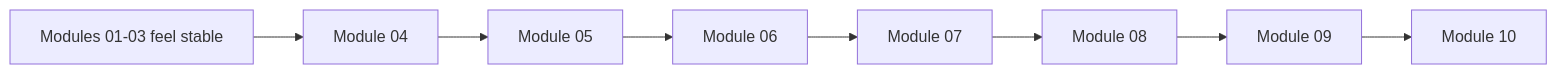
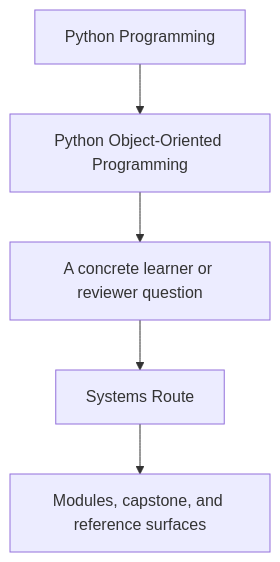
One commit to bijux/bijux-masterclass changed the first of 2 diagrams in programs/python-programming/python-object-oriented-programming/course-book/guides/systems-route.md. Above: the diagram before and after it, drawn with Mermaid. The commit also changed other lines of this file and 23 other files, not shown here.

Commit message:
docs(python-object-oriented-programming): sharpen guide and reference diagrams

````diff
--- a/programs/python-programming/python-object-oriented-programming/course-book/guides/systems-route.md
+++ b/programs/python-programming/python-object-oriented-programming/course-book/guides/systems-route.md
@@ -7,10 +7,7 @@
 ```mermaid
-graph LR
-  start["Modules 01-03 feel stable"] --> m4["Module 04"]
-  m4 --> m5["Module 05"]
-  m5 --> m6["Module 06"]
-  m6 --> m7["Module 07"]
-  m7 --> m8["Module 08"]
-  m8 --> m9["Module 09"]
-  m9 --> m10["Module 10"]
+flowchart TD
+  family["Python Programming"] --> program["Python Object-Oriented Programming"]
+  program --> pressure["A concrete learner or reviewer question"]
+  pressure --> guide["Systems Route"]
+  guide --> next["Modules, capstone, and reference surfaces"]
 ```
````
